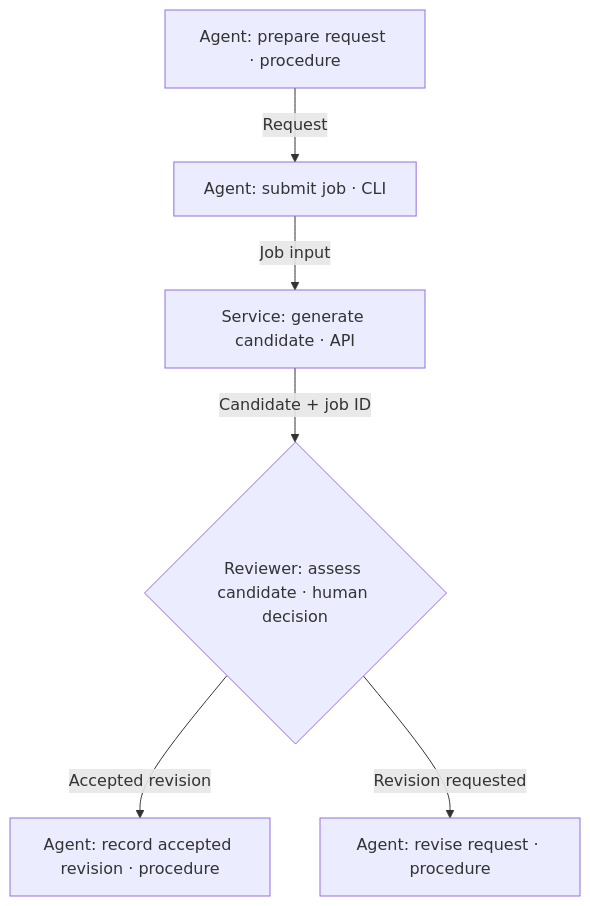
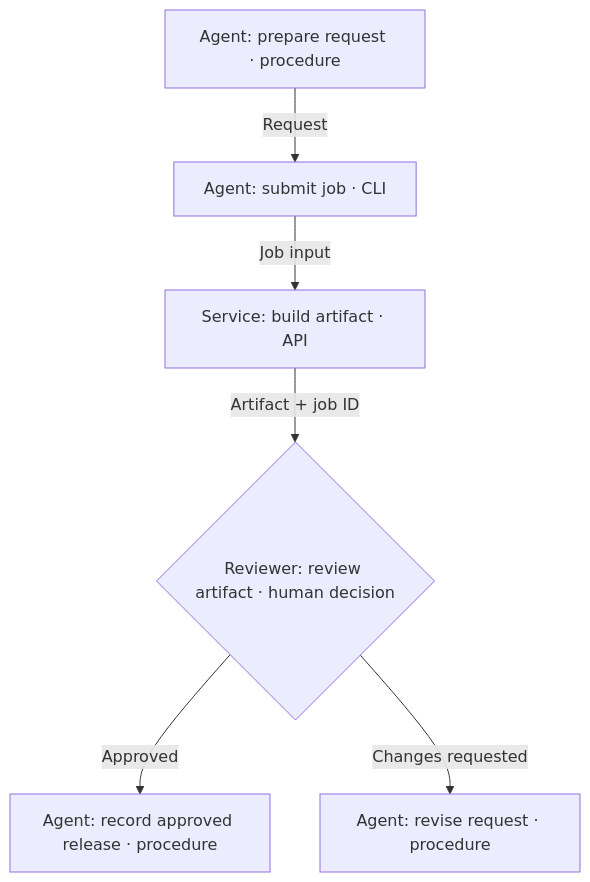
The second of 2 diagrams in skills/authoring/diagrams-and-tables/references/swimlane/design.md (jonasferagen/agent-skills), drawn with Mermaid before and after one commit. The commit also changed other lines of this file and 95 other files, not shown here.

````diff
--- a/skills/authoring/diagrams-and-tables/references/swimlane/design.md
+++ b/skills/authoring/diagrams-and-tables/references/swimlane/design.md
@@ -69,14 +69,14 @@
 ```mermaid
 flowchart TB
     prepare["Agent: prepare request · procedure"]
     submit["Agent: submit job · CLI"]
-    generate["Service: generate candidate · API"]
-    review{"Reviewer: assess candidate · human decision"}
-    record["Agent: record accepted revision · procedure"]
+    generate["Service: build artifact · API"]
+    review{"Reviewer: review artifact · human decision"}
+    record["Agent: record approved release · procedure"]
     revise["Agent: revise request · procedure"]
     prepare -->|Request| submit
     submit -->|Job input| generate
-    generate -->|Candidate + job ID| review
-    review -->|Accepted revision| record
-    review -->|Revision requested| revise
+    generate -->|Artifact + job ID| review
+    review -->|Approved| record
+    review -->|Changes requested| revise
 ```
````
